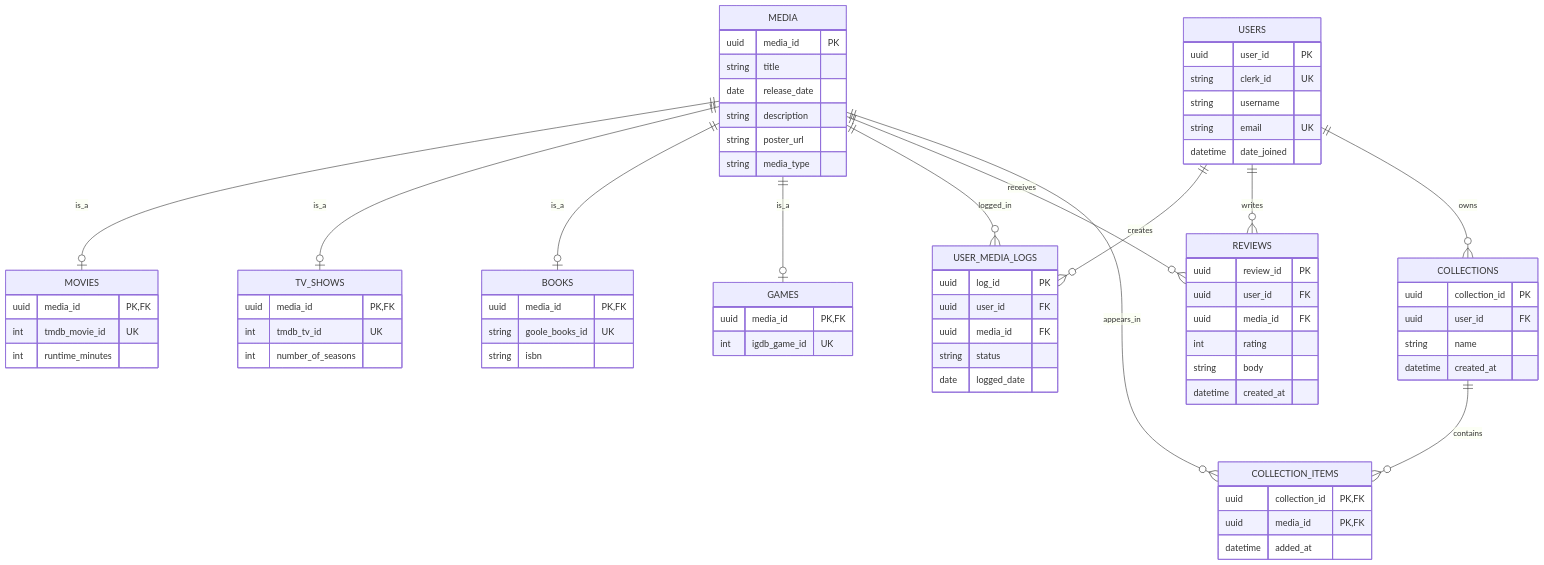
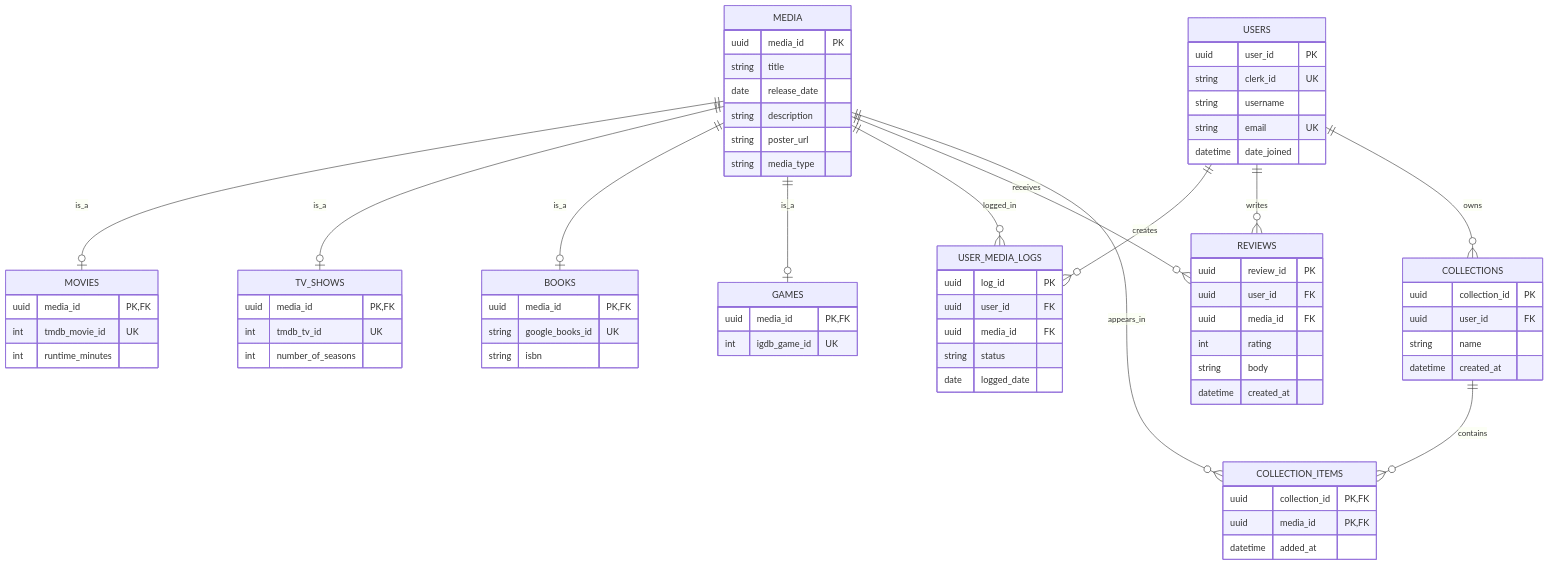
Before and after one commit to ArionKennedy/PaletteProject: the diagram in Docs/database.md, drawn with Mermaid. The commit also changed 7 other files, not shown here.

```diff
--- a/Docs/database.md
+++ b/Docs/database.md
@@ -35,7 +35,7 @@
 
     BOOKS {
         uuid media_id PK,FK
-        string goole_books_id UK
+        string google_books_id UK
         string isbn
     }
 
```
